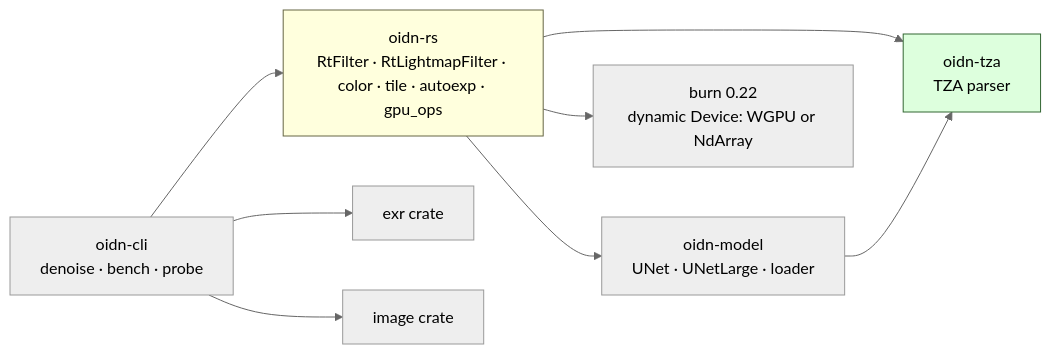
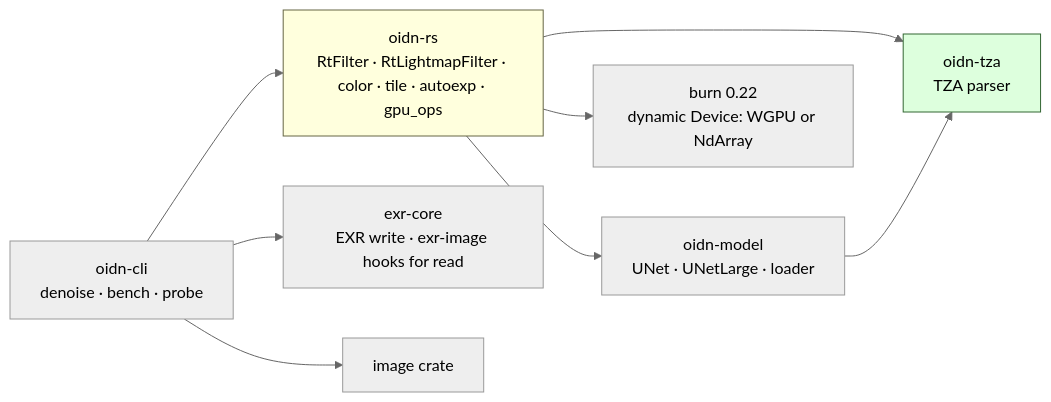
The first of 19 diagrams in DIAGRAMS.md (ssoj13/oidn-rs), drawn with Mermaid (neutral theme) before and after one commit. The commit also changed 5 other files, not shown here.

First line of the commit message:
oidn-cli: EXR through exr-core, one image load path

````diff
--- a/DIAGRAMS.md
+++ b/DIAGRAMS.md
@@ -9,12 +9,12 @@
 ```mermaid
 graph LR
     cli[oidn-cli<br/>denoise · bench · probe] --> facade[oidn-rs<br/>RtFilter · RtLightmapFilter · color · tile · autoexp · gpu_ops]
     facade --> model[oidn-model<br/>UNet · UNetLarge · loader]
     facade --> tza[oidn-tza<br/>TZA parser]
     model --> tza
     facade --> burn[burn 0.22<br/>dynamic Device: WGPU or NdArray]
-    cli --> exr[exr crate]
+    cli --> exr[exr-core<br/>EXR write · exr-image hooks for read]
     cli --> img[image crate]
     style facade fill:#ffd,stroke:#664
     style tza fill:#dfd,stroke:#363
 ```
````
